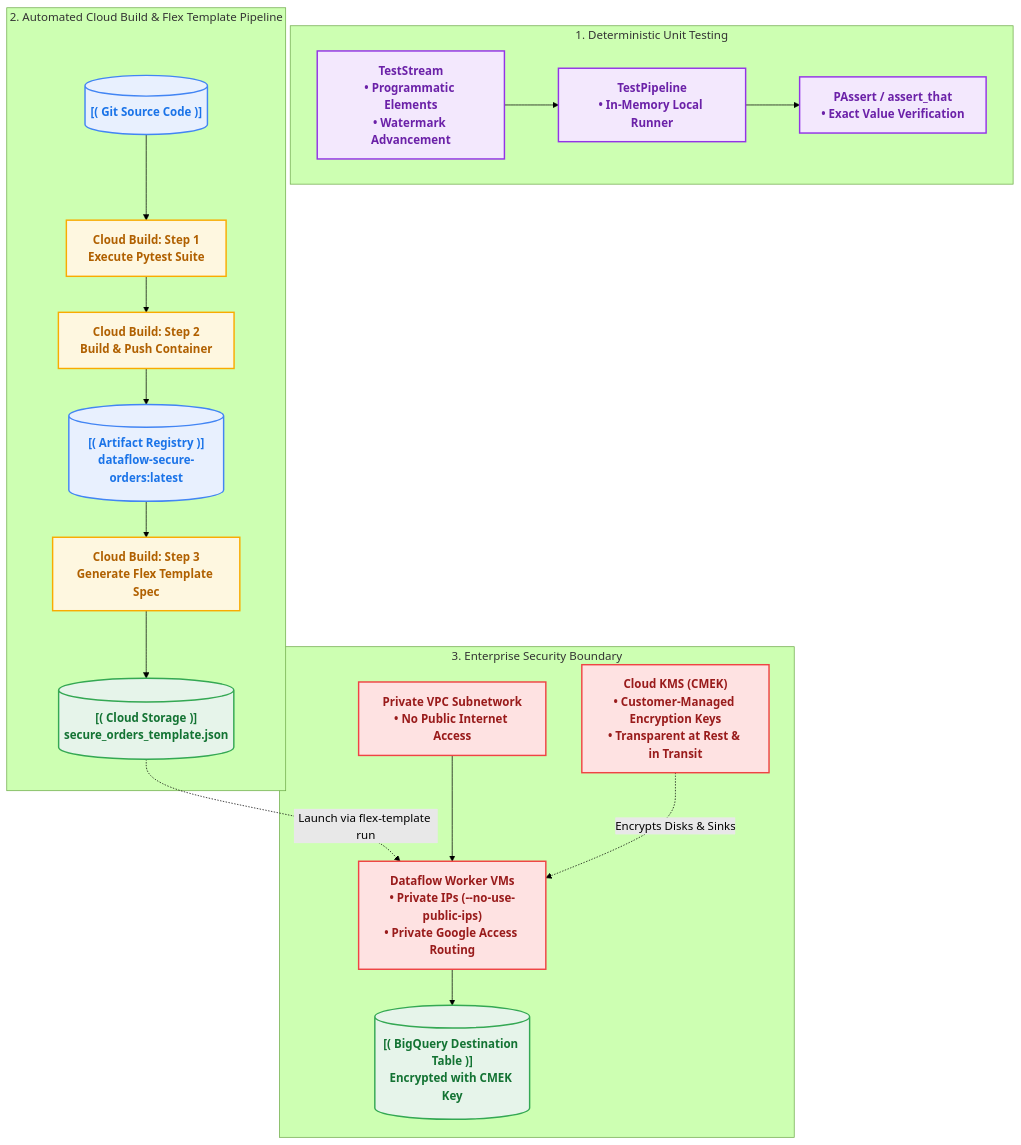
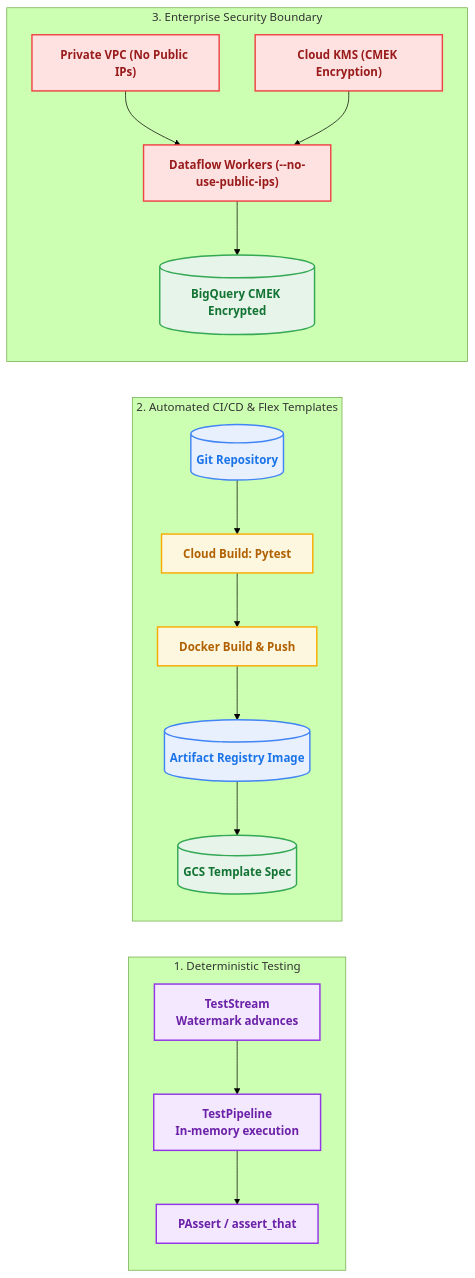
The diagram in 07_testing_templates_and_cicd/README.md (EilinLux/dataflow-workshops), drawn with Mermaid (forest theme) before and after one commit. The commit also changed 30 other files, not shown here.

Commit message:
docs: redraw and pack all mermaid diagrams into compact horizontal layouts

````diff
--- a/07_testing_templates_and_cicd/README.md
+++ b/07_testing_templates_and_cicd/README.md
@@ -29,44 +29,33 @@
 ```mermaid
-flowchart TD
+flowchart LR
     classDef pcoll fill:#e8f0fe,stroke:#4285f4,stroke-width:2px,color:#1a73e8,font-weight:bold;
     classDef ptrans fill:#fef7e0,stroke:#f9ab00,stroke-width:2px,color:#b06000,font-weight:bold;
     classDef sink fill:#e6f4ea,stroke:#34a853,stroke-width:2px,color:#137333,font-weight:bold;
     classDef test fill:#f3e8fd,stroke:#9334e6,stroke-width:2px,color:#6b21a8,font-weight:bold;
     classDef security fill:#fee2e2,stroke:#ef4444,stroke-width:2px,color:#991b1b,font-weight:bold;
 
-    subgraph TestingEngine["1. Deterministic Unit Testing"]
-        TEST_STREAM["TestStream<br/>• Programmatic Elements<br/>• Watermark Advancement"]:::test
-        TEST_PIPE["TestPipeline<br/>• In-Memory Local Runner"]:::test
-        P_ASSERT["PAssert / assert_that<br/>• Exact Value Verification"]:::test
+    subgraph Testing["1. Deterministic Testing"]
+        STREAM["TestStream<br/>Watermark advances"]:::test
+        PIPE["TestPipeline<br/>In-memory execution"]:::test
+        ASSERT["PAssert / assert_that"]:::test
+        STREAM --> PIPE --> ASSERT
     end
 
-    subgraph CICD["2. Automated Cloud Build & Flex Template Pipeline"]
-        SRC_CODE[("[( Git Source Code )]")]:::pcoll
-        CB_TEST["Cloud Build: Step 1<br/>Execute Pytest Suite"]:::ptrans
-        CB_DOCKER["Cloud Build: Step 2<br/>Build & Push Container"]:::ptrans
-        AR_REG[("[( Artifact Registry )]<br/>dataflow-secure-orders:latest")]:::pcoll
-        CB_FLEX["Cloud Build: Step 3<br/>Generate Flex Template Spec"]:::ptrans
-        GCS_SPEC[("[( Cloud Storage )]<br/>secure_orders_template.json")]:::sink
+    subgraph CICD["2. Automated CI/CD & Flex Templates"]
+        GIT[("Git Repository")]:::pcoll
+        CB_TEST["Cloud Build: Pytest"]:::ptrans
+        CB_DOCKER["Docker Build & Push"]:::ptrans
+        AR[("Artifact Registry Image")]:::pcoll
+        GCS[("GCS Template Spec")]:::sink
+        GIT --> CB_TEST --> CB_DOCKER --> AR --> GCS
     end
 
-    subgraph SecurityPerimeter["3. Enterprise Security Boundary"]
-        VPC_NET["Private VPC Subnetwork<br/>• No Public Internet Access"]:::security
-        DATAFLOW_WORKERS["Dataflow Worker VMs<br/>• Private IPs (--no-use-public-ips)<br/>• Private Google Access Routing"]:::security
-        KMS_CMEK["Cloud KMS (CMEK)<br/>• Customer-Managed Encryption Keys<br/>• Transparent at Rest & in Transit"]:::security
-        SECURE_BQ[("[( BigQuery Destination Table )]<br/>Encrypted with CMEK Key")]:::sink
+    subgraph Security["3. Enterprise Security Boundary"]
+        VPC["Private VPC (No Public IPs)"]:::security
+        WORKERS["Dataflow Workers (--no-use-public-ips)"]:::security
+        CMEK["Cloud KMS (CMEK Encryption)"]:::security
+        BQ_SECURE[("BigQuery CMEK Encrypted")]:::sink
+        VPC --> WORKERS
+        CMEK --> WORKERS --> BQ_SECURE
     end
-
-    TEST_STREAM --> TEST_PIPE
-    TEST_PIPE --> P_ASSERT
-
-    SRC_CODE --> CB_TEST
-    CB_TEST --> CB_DOCKER
-    CB_DOCKER --> AR_REG
-    AR_REG --> CB_FLEX
-    CB_FLEX --> GCS_SPEC
-
-    GCS_SPEC -. "Launch via flex-template run" .-> DATAFLOW_WORKERS
-    VPC_NET --> DATAFLOW_WORKERS
-    KMS_CMEK -. "Encrypts Disks & Sinks" .-> DATAFLOW_WORKERS
-    DATAFLOW_WORKERS --> SECURE_BQ
 ```
````
